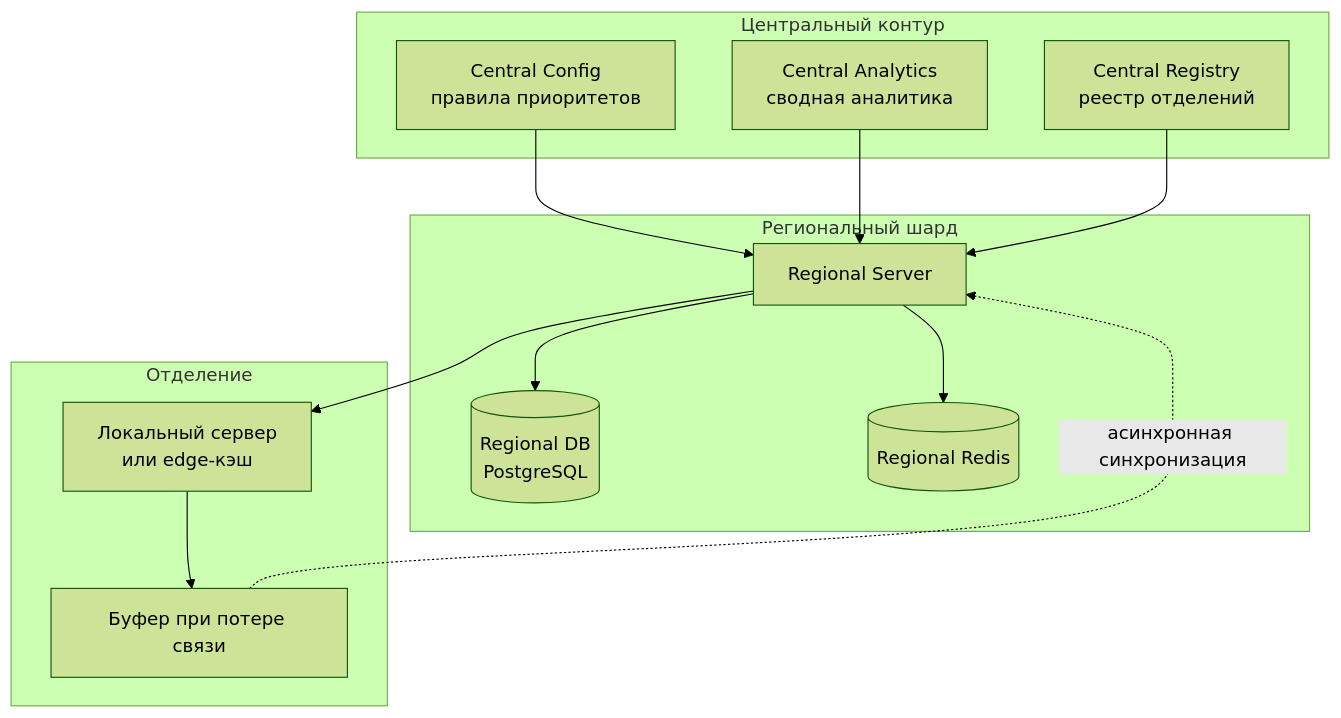
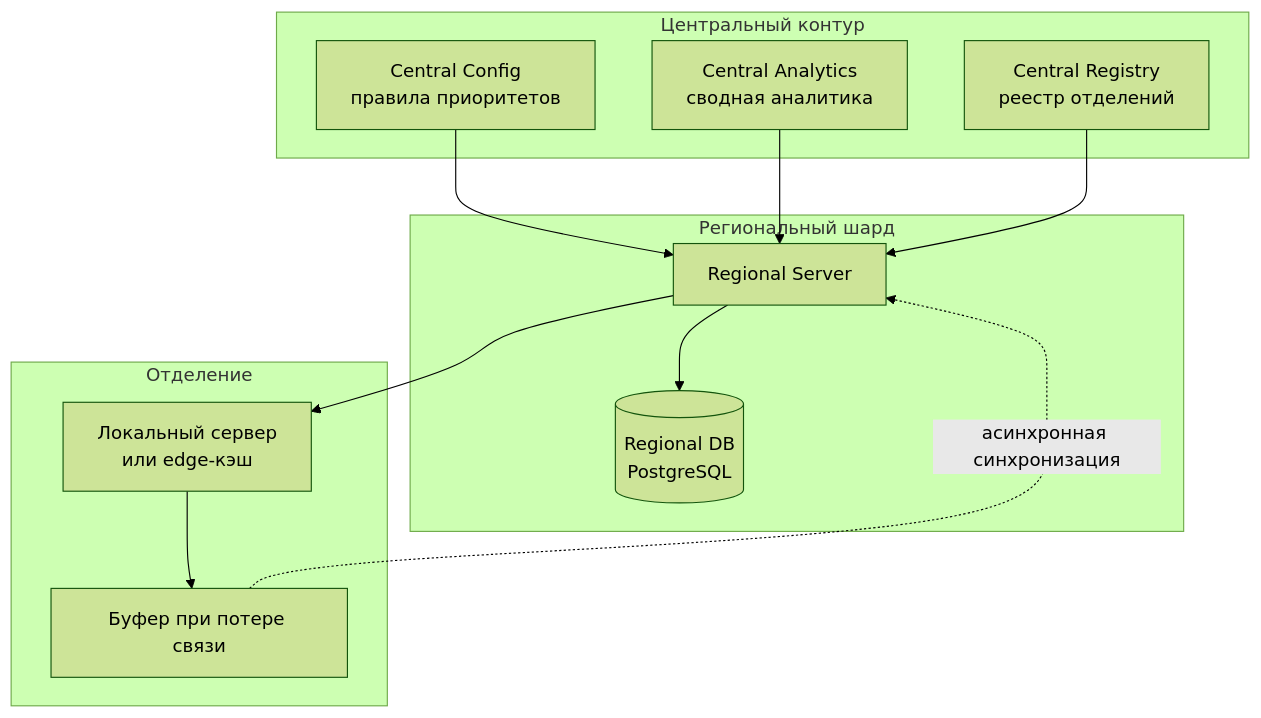
Before and after one commit to Rodion-NTQ-TEAM/tsifrovaya-ochere: the eighth of 8 diagrams in docs/architecture.md, drawn with Mermaid (forest theme). The commit also changed other lines of this file, not shown here.

Commit message:
docs(architecture): убрать Redis, добавить observability

````diff
--- a/docs/architecture.md
+++ b/docs/architecture.md
@@ -237,28 +344,26 @@
 ```mermaid
 flowchart TB
     subgraph CENTRAL["Центральный контур"]
         CC["Central Config<br/>правила приоритетов"]
         CA["Central Analytics<br/>сводная аналитика"]
         CR["Central Registry<br/>реестр отделений"]
     end
 
     subgraph REGION["Региональный шард"]
         RS["Regional Server"]
         RDB[("Regional DB<br/>PostgreSQL")]
-        RR[("Regional Redis")]
     end
 
     subgraph OFFICE["Отделение"]
         OS["Локальный сервер<br/>или edge-кэш"]
         BUF["Буфер при потере связи"]
     end
 
     CC --> RS
     CA --> RS
     CR --> RS
     RS --> RDB
-    RS --> RR
     RS --> OS
     OS --> BUF
     BUF -.->|асинхронная синхронизация| RS
 ```
````
